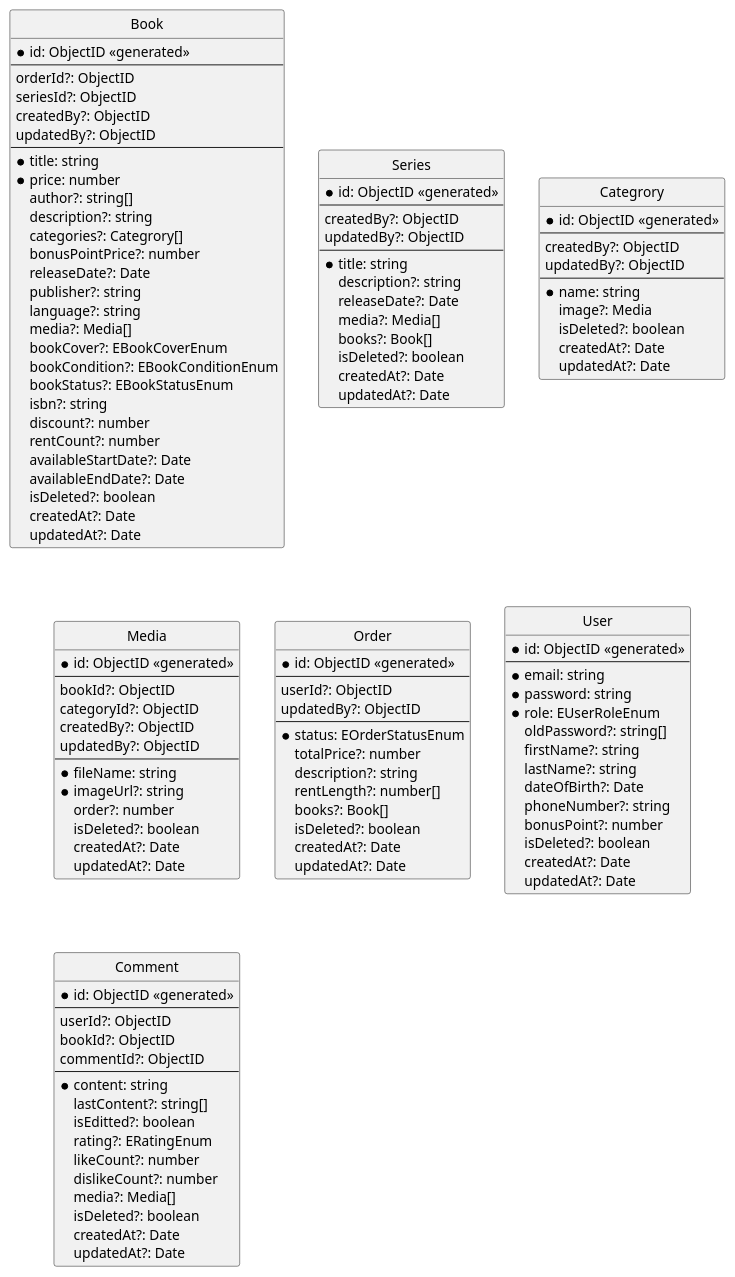
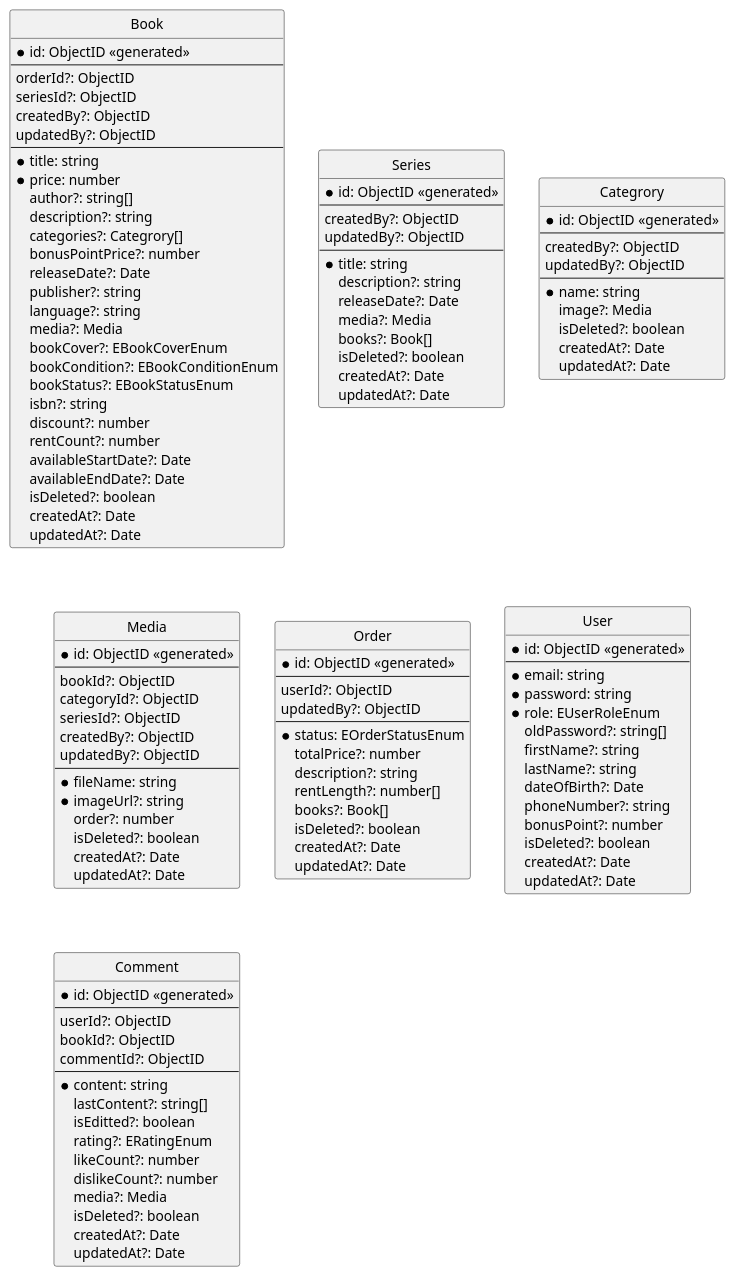
One commit to taint3110/bookshare changed the diagram in docs/ERD/ERD.puml. Above: the diagram before and after it, drawn with PlantUML. The commit also changed 12 other files, not shown here.

```diff
--- a/docs/ERD/ERD.puml
+++ b/docs/ERD/ERD.puml
@@ -1,173 +1,174 @@
 @startuml BookShare Entity Relationship Diagram
 hide circle
 skinparam linetype ortho
 
 
 entity "Book" as book {
   *id: ObjectID <<generated>>
   --
   orderId?: ObjectID
   seriesId?: ObjectID
   createdBy?: ObjectID
   updatedBy?: ObjectID
   --
   *title: string
   *price: number
   author?: string[]
   description?: string
   categories?: Categrory[]
   bonusPointPrice?: number
   releaseDate?: Date
   publisher?: string
   language?: string
-  media?: Media[]
+  media?: Media
   bookCover?: EBookCoverEnum
   ' enum EBookCoverEnum {
   '   SOFT = 'soft',
   '   HARD = 'hard',
   ' }
   bookCondition?: EBookConditionEnum
   ' enum EBookConditionEnum {
   '   NEW = 'new',
   '   OLD = 'old',
   '   DAMAGED = 'damaged',
   '   LOST = 'lost',
   ' }
   bookStatus?: EBookStatusEnum
   ' enum EBookStatusEnum {
   '   AVAILABLE = 'available',
   '   UNAVAILABLE = 'unavailable',
   '   RENTED = '  ',
   ' }
   isbn?: string
   discount?: number
   rentCount?: number
   availableStartDate?: Date
   availableEndDate?: Date
   isDeleted?: boolean
   createdAt?: Date
   updatedAt?: Date
 }
 
 entity "Series" as series {
   *id: ObjectID <<generated>>
   --
   createdBy?: ObjectID
   updatedBy?: ObjectID
   --
   *title: string
   description?: string
   releaseDate?: Date
-  media?: Media[]
+  media?: Media
   books?: Book[]
   isDeleted?: boolean
   createdAt?: Date
   updatedAt?: Date
 }
 
 
 entity "Categrory" as category {
   *id: ObjectID <<generated>>
   --
   createdBy?: ObjectID
   updatedBy?: ObjectID
   --
   *name: string
   image?: Media
   isDeleted?: boolean
   createdAt?: Date
   updatedAt?: Date
 }
 
 entity "Media" as media {
   *id: ObjectID <<generated>>
   --
   bookId?: ObjectID
   categoryId?: ObjectID
+  seriesId?: ObjectID
   createdBy?: ObjectID
   updatedBy?: ObjectID
   --
   *fileName: string
   *imageUrl?: string
   order?: number
   isDeleted?: boolean
   createdAt?: Date
   updatedAt?: Date
 }
 
 
 entity "Order" as order {
   *id: ObjectID <<generated>>
   --
   userId?: ObjectID
   updatedBy?: ObjectID
   --
   *status: EOrderStatusEnum
   ' enum EApplicantStatus {
   '   NEW = 'new',
   '   READY = 'ready',
   '   DONE = 'done',
   '   FAILED = 'failed',
   '   CANCELLED = 'cancelled',
   '   RETURNED = 'returned',
   '   REFUNDED = 'refunded',
   '   OVERDUE = 'overdue',
   ' }
   totalPrice?: number
   description?: string
   rentLength?: number[]
   books?: Book[]
   isDeleted?: boolean
   createdAt?: Date
   updatedAt?: Date
 }
 
 entity "User" as user {
   *id: ObjectID <<generated>>
   --
   *email: string
   *password: string
   *role: EUserRoleEnum
   ' enum EUserRoleEnum {
   '   ADMIN = 'admin',
   '   CUSTOMER = 'customer',
   '   STAFF = 'staff',
   ' }
   oldPassword?: string[]
   firstName?: string
   lastName?: string
   dateOfBirth?: Date
   phoneNumber?: string
   bonusPoint?: number
   isDeleted?: boolean
   createdAt?: Date
   updatedAt?: Date
 }
 
 entity "Comment" as comment {
   *id: ObjectID <<generated>>
   --
   userId?: ObjectID
   bookId?: ObjectID
   commentId?: ObjectID
   --
   *content: string
   lastContent?: string[]
   isEditted?: boolean
   rating?: ERatingEnum
   ' ERatingEnum {
   '  ONE = 1,
   '  TWO = 2,
   '  THREE = 3,
   '  FOUR = 4,
   '  FIVE = 5,
   ' }
   likeCount?: number
   dislikeCount?: number
-  media?: Media[]
+  media?: Media
   isDeleted?: boolean
   createdAt?: Date
   updatedAt?: Date
 }
 
 @enduml
```
